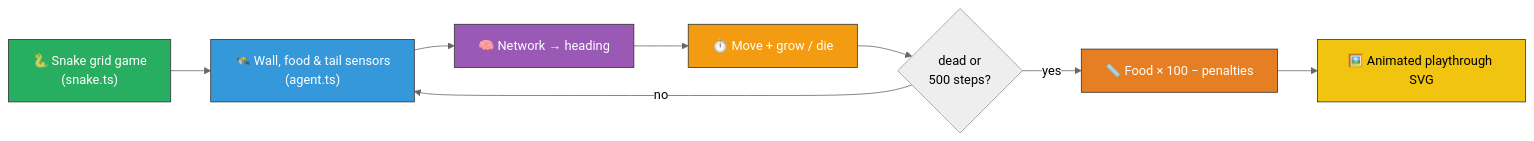
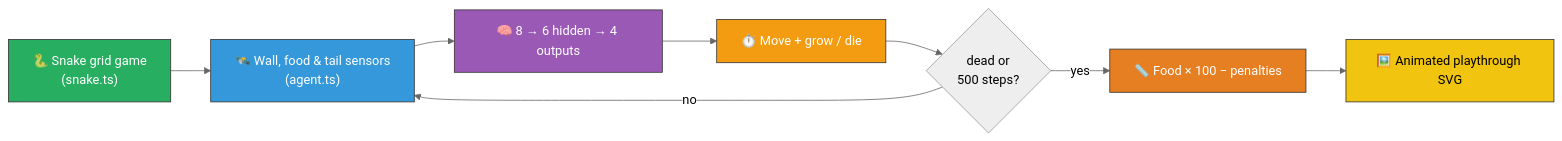
Before and after one commit to stSoftwareAU/NEAT-AI-Examples: the diagram in snake_game/README.md, drawn with Mermaid (neutral theme). The commit also changed other lines of this file and 6 other files, not shown here.

````diff
--- a/snake_game/README.md
+++ b/snake_game/README.md
@@ -13,21 +21,21 @@
 ```mermaid
 flowchart LR
     GAME["🐍 Snake grid game<br/>(snake.ts)"]
     SENSE["🛰️ Wall, food &amp; tail sensors<br/>(agent.ts)"]
-    POLICY["🧠 Network → heading"]
+    POLICY["🧠 8 → 6 hidden → 4 outputs"]
     STEP["⏱️ Move + grow / die"]
     DONE{"dead or<br/>500 steps?"}
     SCORE["📏 Food × 100 − penalties"]
     SVG["🖼️ Animated playthrough SVG"]
 
     GAME --> SENSE --> POLICY --> STEP --> DONE
     DONE -- no --> SENSE
     DONE -- yes --> SCORE --> SVG
 
     style GAME fill:#27ae60,stroke:#333,color:#fff
     style SENSE fill:#3498db,stroke:#333,color:#fff
     style POLICY fill:#9b59b6,stroke:#333,color:#fff
     style STEP fill:#f39c12,stroke:#333,color:#fff
     style SCORE fill:#e67e22,stroke:#333,color:#fff
     style SVG fill:#f1c40f,stroke:#333,color:#000
 ```
````
